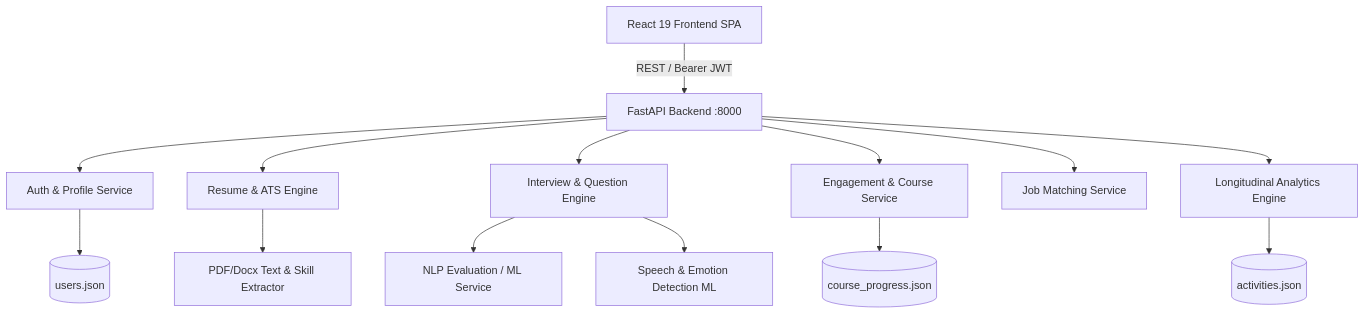
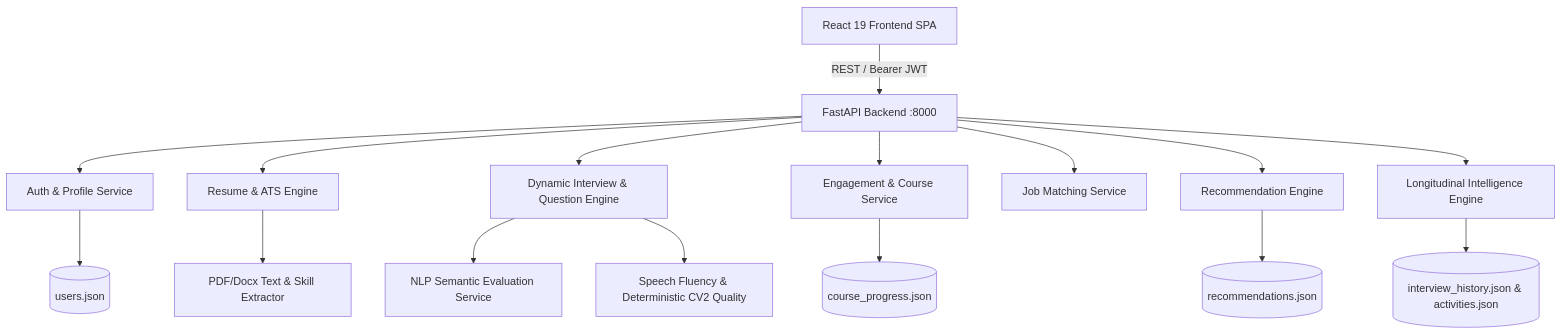
The diagram in PREPRIA_ARCHITECTURE.md (Reshmad362/prepria-ai-career1), drawn with Mermaid before and after one commit. The commit also changed other lines of this file and 7 other files, not shown here.

Commit message:
feat: integrate Phase 8 recommendations, Phase 9 longitudinal intelligence, and Phase 10 E2E validation

````diff
--- a/PREPRIA_ARCHITECTURE.md
+++ b/PREPRIA_ARCHITECTURE.md
@@ -16,18 +16,20 @@
 ```mermaid
 graph TD
     A[React 19 Frontend SPA] -->|REST / Bearer JWT| B[FastAPI Backend :8000]
     B --> C[Auth & Profile Service]
     B --> D[Resume & ATS Engine]
-    B --> E[Interview & Question Engine]
+    B --> E[Dynamic Interview & Question Engine]
     B --> F[Engagement & Course Service]
     B --> G[Job Matching Service]
-    B --> H[Longitudinal Analytics Engine]
+    B --> H[Recommendation Engine]
+    B --> I[Longitudinal Intelligence Engine]
     
-    D --> I[PDF/Docx Text & Skill Extractor]
-    E --> J[NLP Evaluation / ML Service]
-    E --> K[Speech & Emotion Detection ML]
+    D --> J[PDF/Docx Text & Skill Extractor]
+    E --> K[NLP Semantic Evaluation Service]
+    E --> L[Speech Fluency & Deterministic CV2 Quality]
     
-    C --> L[(users.json)]
-    F --> M[(course_progress.json)]
-    H --> N[(activities.json)]
+    C --> M[(users.json)]
+    F --> N[(course_progress.json)]
+    H --> O[(recommendations.json)]
+    I --> P[(interview_history.json & activities.json)]
 ```
````
